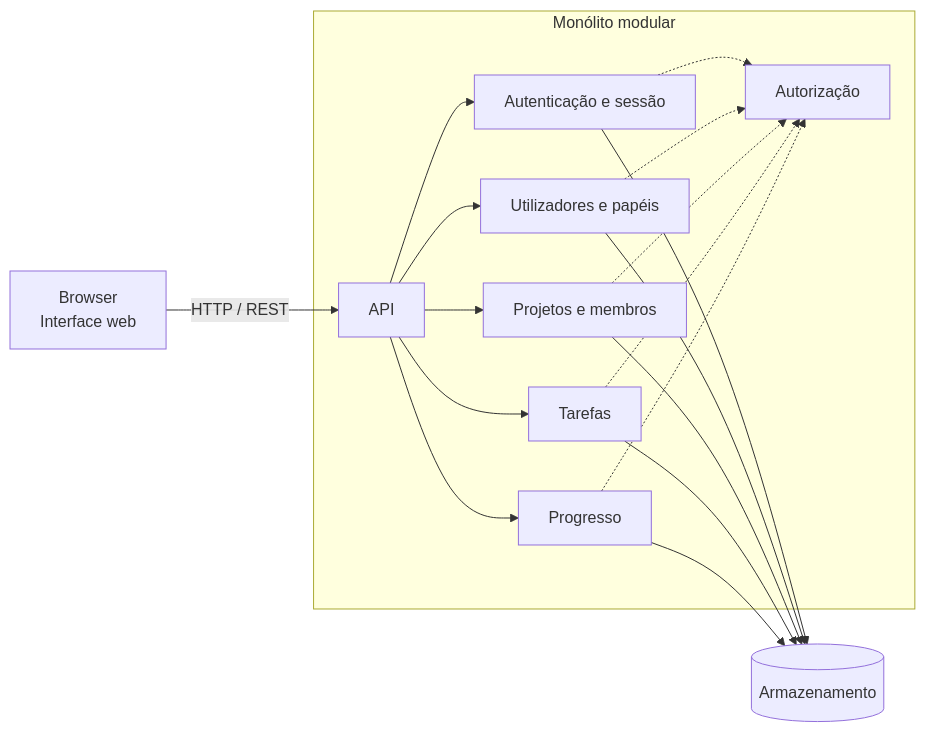
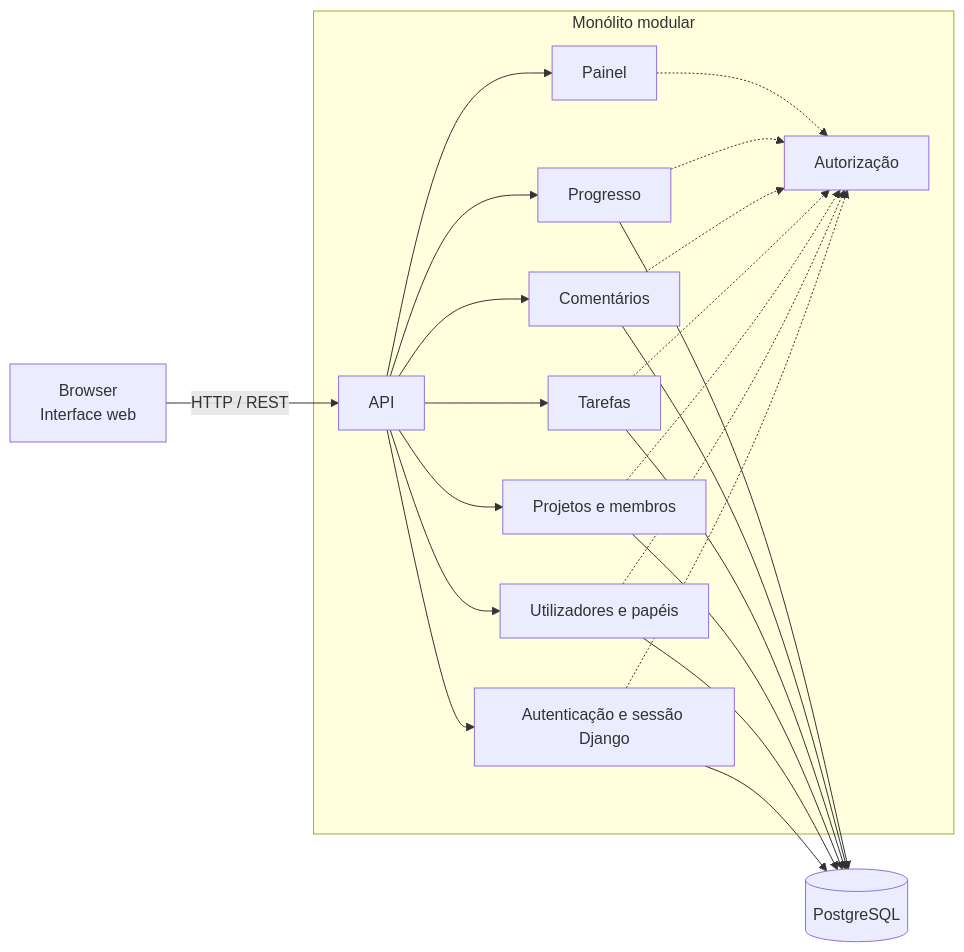
One commit to simcampos/matriz---project-manager changed the diagram in docs/architecture.md. Above: the diagram before and after it, drawn with Mermaid. The commit also changed other lines of this file and 76 other files, not shown here.

````diff
--- a/docs/architecture.md
+++ b/docs/architecture.md
@@ -36,21 +37,26 @@
 ```mermaid
 flowchart LR
     B[Browser<br/>Interface web] -->|HTTP / REST| A[API]
     subgraph M[Monólito modular]
-        A --> AUTH[Autenticação e sessão]
+        A --> AUTH[Autenticação e sessão Django]
         A --> USR[Utilizadores e papéis]
         A --> PRJ[Projetos e membros]
         A --> TSK[Tarefas]
+        A --> CMT[Comentários]
         A --> PRG[Progresso]
+        A --> DSH[Painel]
         AUTH -.-> AZ[Autorização]
         USR -.-> AZ
         PRJ -.-> AZ
         TSK -.-> AZ
+        CMT -.-> AZ
         PRG -.-> AZ
+        DSH -.-> AZ
     end
-    AUTH --> DB[(Armazenamento)]
+    AUTH --> DB[(PostgreSQL)]
     USR --> DB
     PRJ --> DB
     TSK --> DB
+    CMT --> DB
     PRG --> DB
 ```
````
